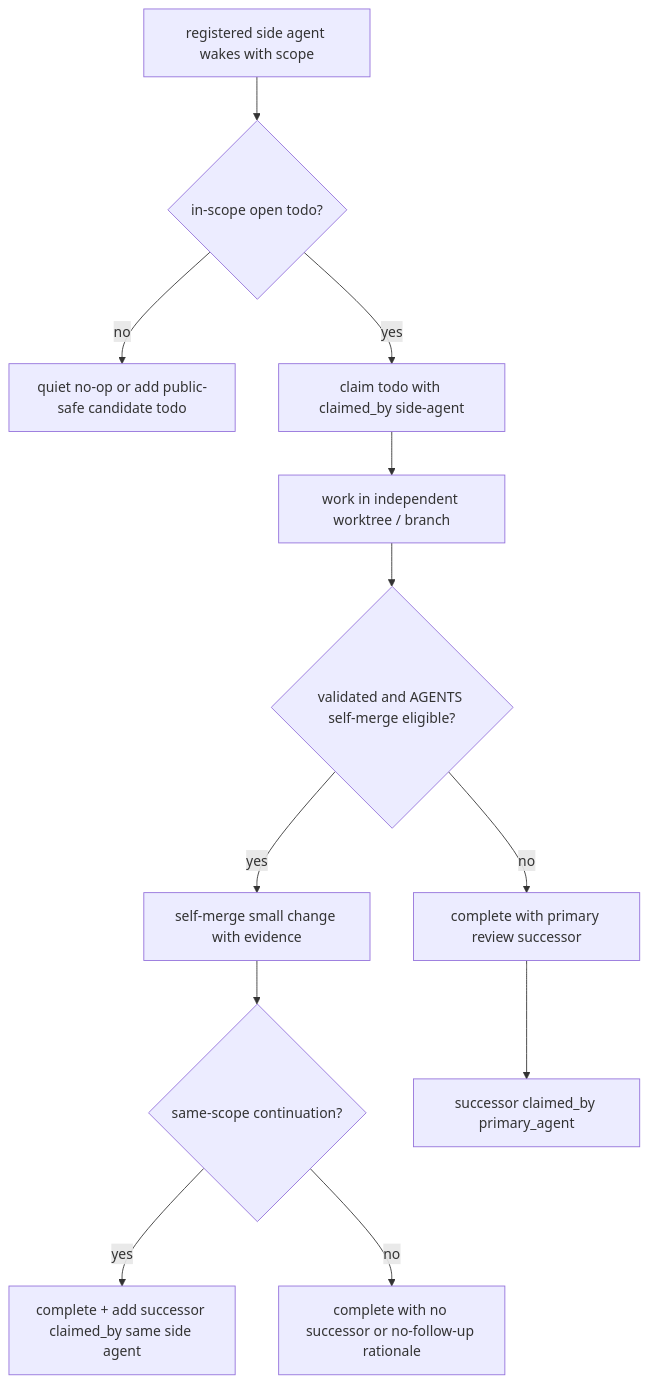
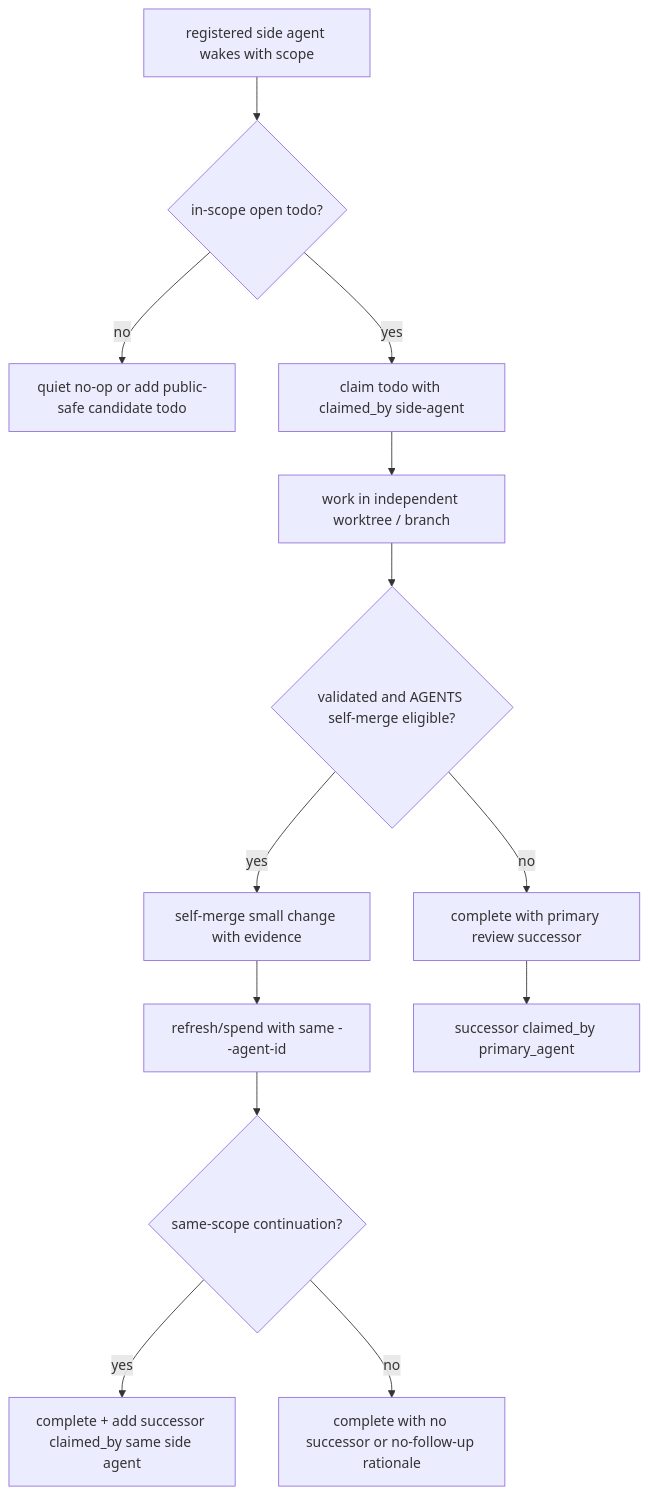
Diagram 17 of 26 in docs/interaction-pattern-catalog.md (huangruiteng/goal-harness), drawn with Mermaid before and after one commit. The commit also changed other lines of this file and 2 other files, not shown here.

Commit message:
docs: catalog scoped spend identity

````diff
--- a/docs/interaction-pattern-catalog.md
+++ b/docs/interaction-pattern-catalog.md
@@ -1013,14 +1024,15 @@
 ```mermaid
 flowchart TD
   S["registered side agent wakes with scope"] --> T{"in-scope open todo?"}
   T -->|"no"| Q["quiet no-op or add public-safe candidate todo"]
   T -->|"yes"| C["claim todo with claimed_by side-agent"]
   C --> W["work in independent worktree / branch"]
   W --> V{"validated and AGENTS self-merge eligible?"}
   V -->|"yes"| M["self-merge small change with evidence"]
-  M --> K{"same-scope continuation?"}
+  M --> I["refresh/spend with same --agent-id"]
+  I --> K{"same-scope continuation?"}
   K -->|"yes"| N["complete + add successor claimed_by same side agent"]
   K -->|"no"| X["complete with no successor or no-follow-up rationale"]
   V -->|"no"| R["complete with primary review successor"]
   R --> P["successor claimed_by primary_agent"]
 ```
````
